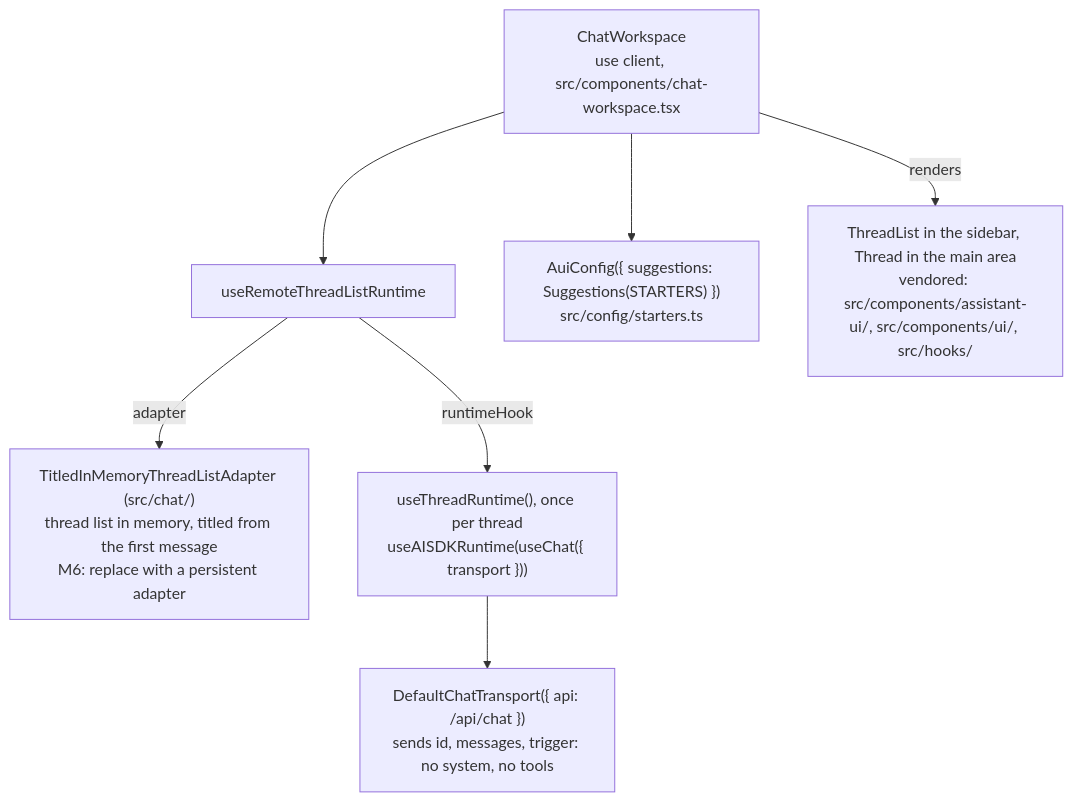
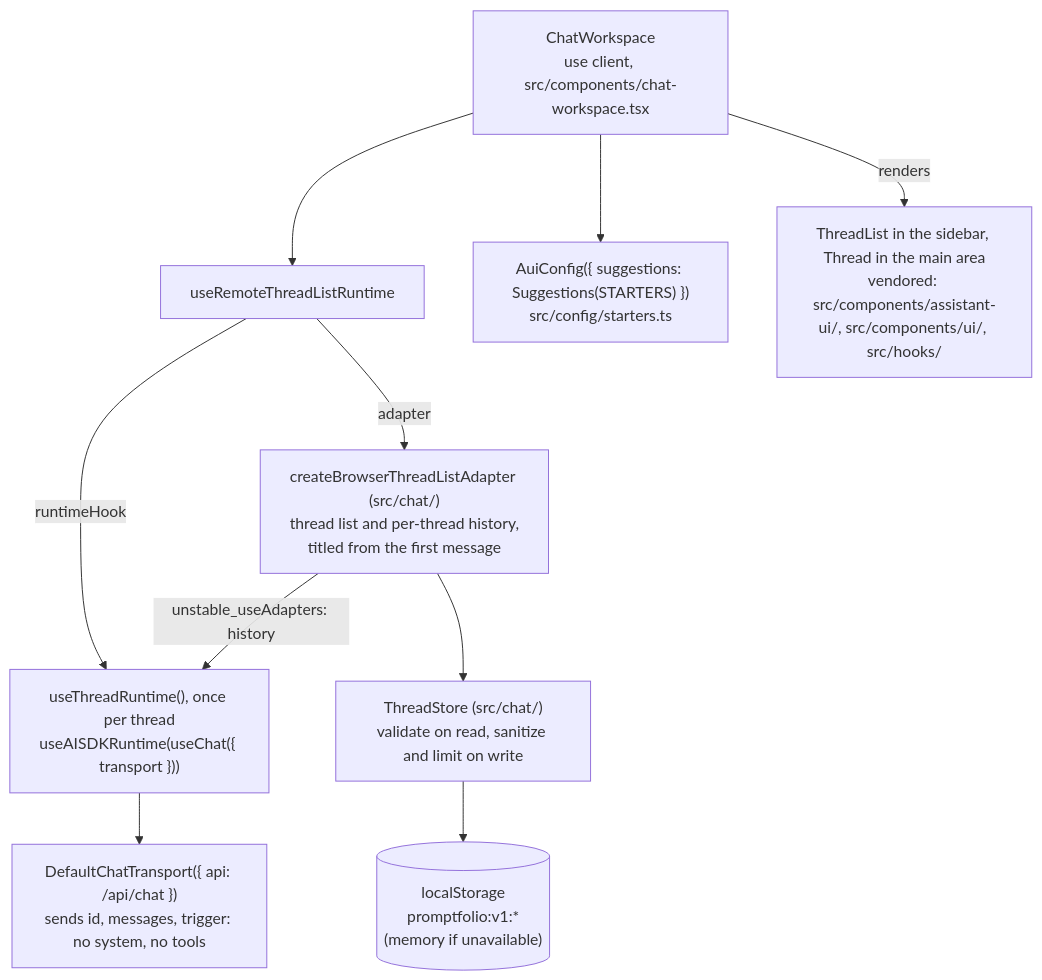
The fourth of 5 diagrams in docs/ARCHITECTURE.md (promptfolios/promptfolio), drawn with Mermaid before and after one commit. The commit also changed other lines of this file and 3 other files, not shown here.

````diff
--- a/docs/ARCHITECTURE.md
+++ b/docs/ARCHITECTURE.md
@@ -146,17 +146,21 @@
 ```mermaid
 flowchart TD
     ws["ChatWorkspace<br/>use client, src/components/chat-workspace.tsx"]
     list["useRemoteThreadListRuntime"]
-    adapter["TitledInMemoryThreadListAdapter (src/chat/)<br/>thread list in memory, titled from the first message<br/>M6: replace with a persistent adapter"]
+    adapter["createBrowserThreadListAdapter (src/chat/)<br/>thread list and per-thread history,<br/>titled from the first message"]
+    store["ThreadStore (src/chat/)<br/>validate on read, sanitize and limit on write"]
+    ls[("localStorage<br/>promptfolio:v1:*<br/>(memory if unavailable)")]
     thread["useThreadRuntime(), once per thread<br/>useAISDKRuntime(useChat({ transport }))"]
     transport["DefaultChatTransport({ api: /api/chat })<br/>sends id, messages, trigger: no system, no tools"]
     config["AuiConfig({ suggestions: Suggestions(STARTERS) })<br/>src/config/starters.ts"]
     ui["ThreadList in the sidebar, Thread in the main area<br/>vendored: src/components/assistant-ui/, src/components/ui/, src/hooks/"]
 
     ws --> list
     list -- adapter --> adapter
     list -- runtimeHook --> thread
+    adapter -- "unstable_useAdapters: history" --> thread
+    adapter --> store --> ls
     thread --> transport
     ws --> config
     ws -- renders --> ui
 ```
````
